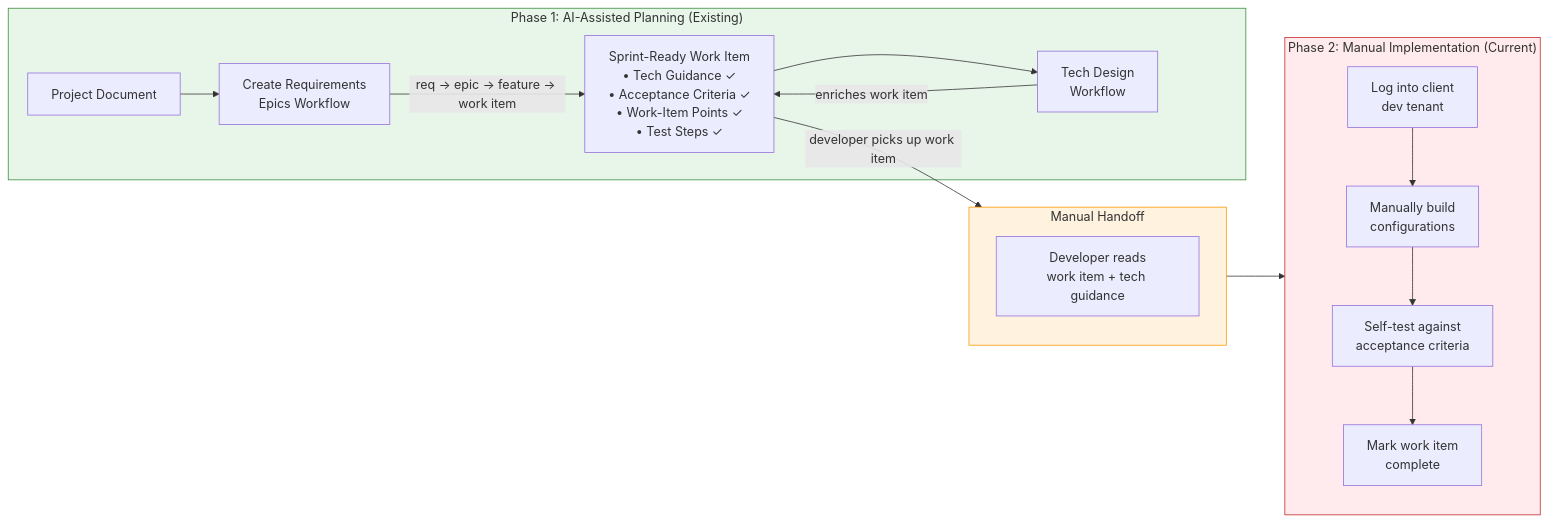
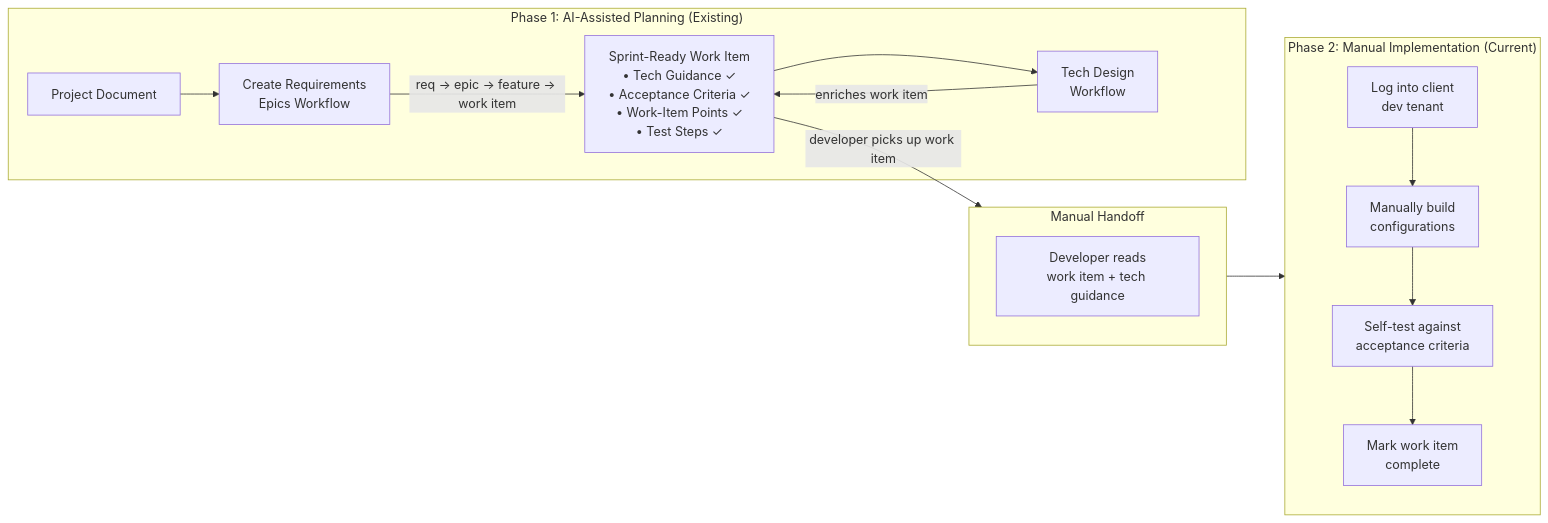
One commit to omars-lab/omars-lab.github.io changed the fourth of 14 diagrams in bytesofpurpose-blog/designs/2026-02-27-autonomous-build-agents.mdx. Above: the diagram before and after it, drawn with Mermaid. The commit also changed other lines of this file and 6 other files, not shown here.

First line of the commit message:
feat(designs): on-brand mermaid theme + dark-mode-adaptive diagrams

````diff
--- a/bytesofpurpose-blog/designs/2026-02-27-autonomous-build-agents.mdx
+++ b/bytesofpurpose-blog/designs/2026-02-27-autonomous-build-agents.mdx
@@ -420,32 +403,29 @@
 ```mermaid
 flowchart LR
     subgraph PHASE1["Phase 1: AI-Assisted Planning (Existing)"]
         DOC["Project Document"]
         WF1["Create Requirements<br/>Epics Workflow"]
         WF2["Tech Design<br/>Workflow"]
         STORY["Sprint-Ready Work Item<br/>• Tech Guidance ✓<br/>• Acceptance Criteria ✓<br/>• Work-Item Points ✓<br/>• Test Steps ✓"]
 
         DOC --> WF1 -->|"req → epic → feature → work item"| STORY
         STORY --> WF2 -->|"enriches work item"| STORY
     end
 
     subgraph HANDOFF["Manual Handoff"]
         DEV["Developer reads<br/>work item + tech guidance"]
     end
 
     subgraph PHASE2["Phase 2: Manual Implementation (Current)"]
         LOGIN["Log into client<br/>dev tenant"]
         BUILD["Manually build<br/>configurations"]
         TEST["Self-test against<br/>acceptance criteria"]
         DONE["Mark work item<br/>complete"]
 
         LOGIN --> BUILD --> TEST --> DONE
     end
 
     STORY -->|"developer picks up work item"| HANDOFF
     HANDOFF --> PHASE2
 
-    style PHASE1 fill:#e8f5e9,stroke:#388e3c
-    style HANDOFF fill:#fff3e0,stroke:#ff9800
-    style PHASE2 fill:#ffebee,stroke:#c62828
 ```
````
